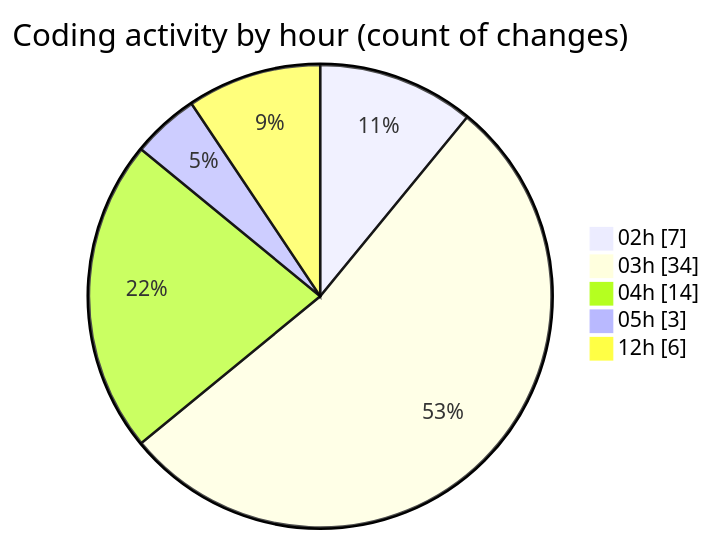
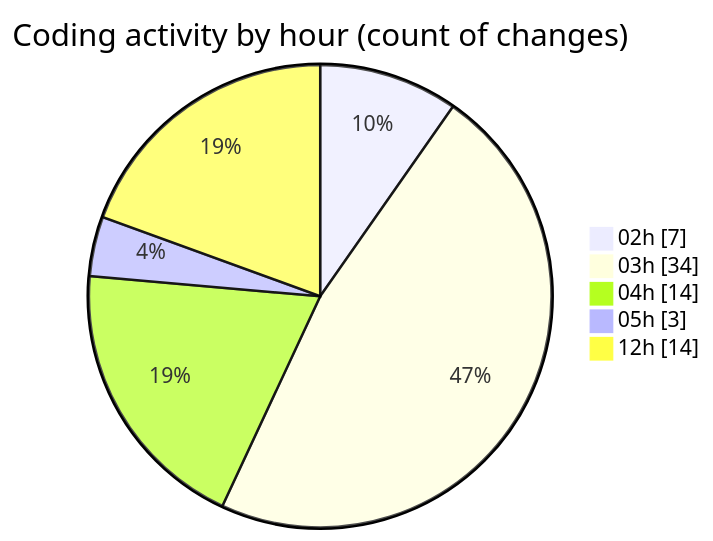
One commit to JenPaints/code-tracking changed the second of 2 diagrams in 2025-05-29/kimberly-groups/README.md. Above: the diagram before and after it, drawn with Mermaid. The commit also changed other lines of this file and 1 other file, not shown here.

````diff
--- a/2025-05-29/kimberly-groups/README.md
+++ b/2025-05-29/kimberly-groups/README.md
@@ -37,9 +37,9 @@
 ```mermaid
 pie showData
 title Coding activity by hour (count of changes)
 "02h" : 7
 "03h" : 34
 "04h" : 14
 "05h" : 3
-"12h" : 6
+"12h" : 14
 ```
````
